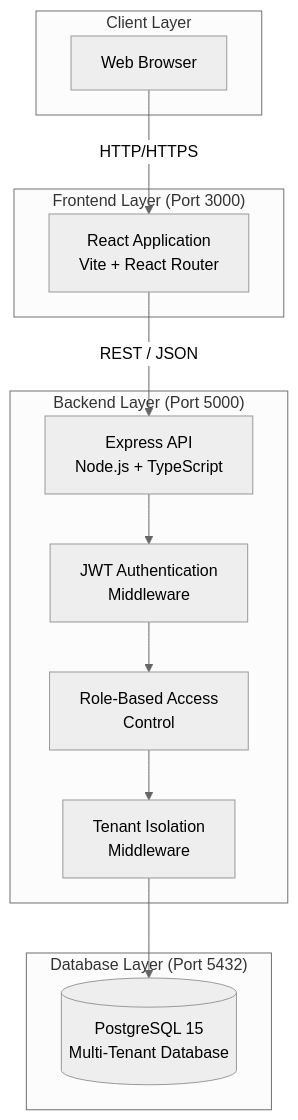
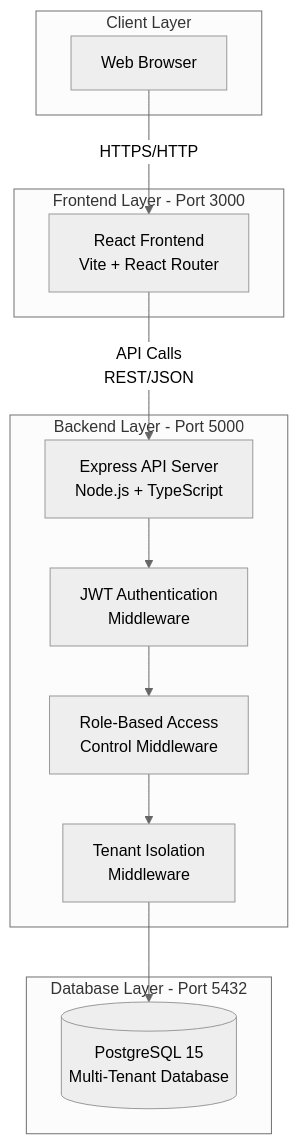
One commit to navya1129/multi-tenant-saas changed the first of 4 diagrams in docs/architecture.md. Above: the diagram before and after it, drawn with Mermaid (neutral theme). The commit also changed other lines of this file and 26 other files, not shown here.

````diff
--- a/docs/architecture.md
+++ b/docs/architecture.md
@@ -12,28 +7,28 @@
 ```mermaid
 graph TB
     subgraph "Client Layer"
         Browser[Web Browser]
     end
     
-    subgraph "Frontend Layer (Port 3000)"
-        Frontend[React Application<br/>Vite + React Router]
+    subgraph "Frontend Layer - Port 3000"
+        Frontend[React Frontend<br/>Vite + React Router]
     end
     
-    subgraph "Backend Layer (Port 5000)"
-        API[Express API<br/>Node.js + TypeScript]
+    subgraph "Backend Layer - Port 5000"
+        API[Express API Server<br/>Node.js + TypeScript]
         Auth[JWT Authentication<br/>Middleware]
-        RBAC[Role-Based Access<br/>Control]
+        RBAC[Role-Based Access<br/>Control Middleware]
         Tenant[Tenant Isolation<br/>Middleware]
     end
     
-    subgraph "Database Layer (Port 5432)"
+    subgraph "Database Layer - Port 5432"
         DB[(PostgreSQL 15<br/>Multi-Tenant Database)]
     end
     
-    Browser -->|HTTP/HTTPS| Frontend
-    Frontend -->|REST / JSON| API
+    Browser -->|HTTPS/HTTP| Frontend
+    Frontend -->|API Calls<br/>REST/JSON| API
     API --> Auth
     Auth --> RBAC
     RBAC --> Tenant
     Tenant --> DB
 ```
````
